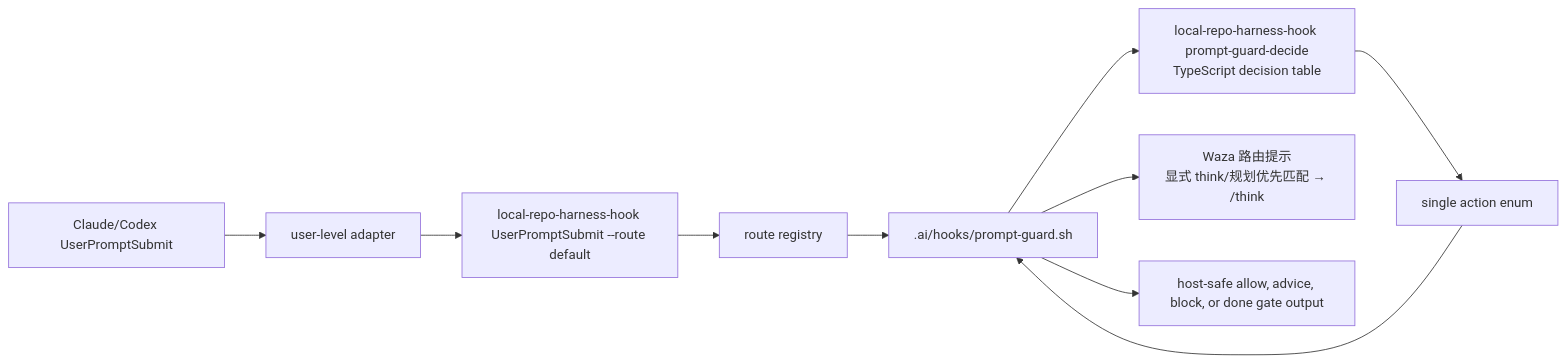
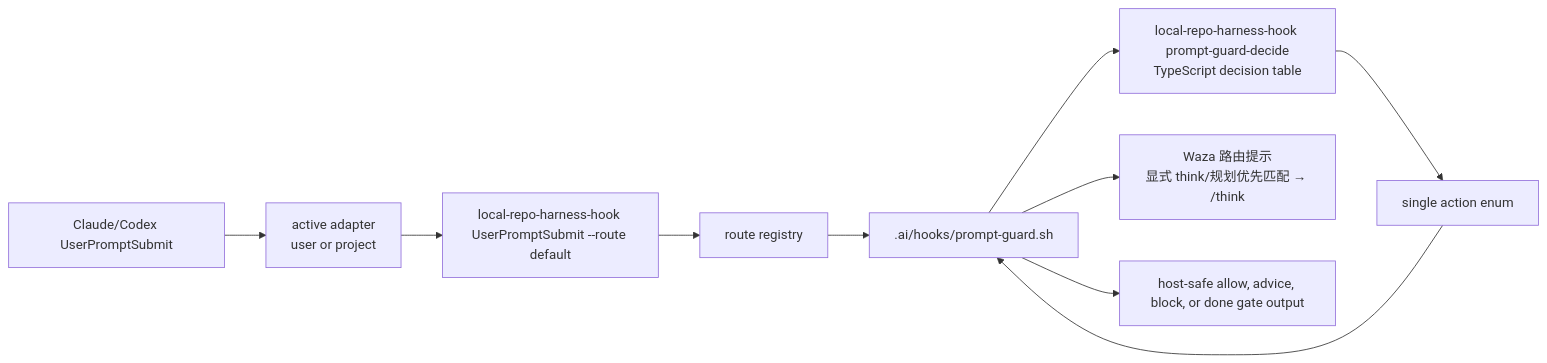
One commit to automann/local-repo-harness changed the third of 3 diagrams in README.zh-CN.md. Above: the diagram before and after it, drawn with Mermaid. The commit also changed other lines of this file and 13 other files, not shown here.

````diff
--- a/README.zh-CN.md
+++ b/README.zh-CN.md
@@ -395,12 +415,12 @@
 ```mermaid
 flowchart LR
-  Host["Claude/Codex UserPromptSubmit"] --> Adapter["user-level adapter"]
+  Host["Claude/Codex UserPromptSubmit"] --> Adapter["active adapter<br/>user or project"]
   Adapter --> CLI["local-repo-harness-hook UserPromptSubmit --route default"]
   CLI --> Route["route registry"]
   Route --> Shell[".ai/hooks/prompt-guard.sh"]
   Shell --> Decision["local-repo-harness-hook prompt-guard-decide<br/>TypeScript decision table"]
   Decision --> Action["single action enum"]
   Action --> Shell
   Shell --> RouteHint["Waza 路由提示<br/>显式 think/规划优先匹配 → /think"]
   Shell --> HostOutput["host-safe allow, advice, block, or done gate output"]
 ```
````
